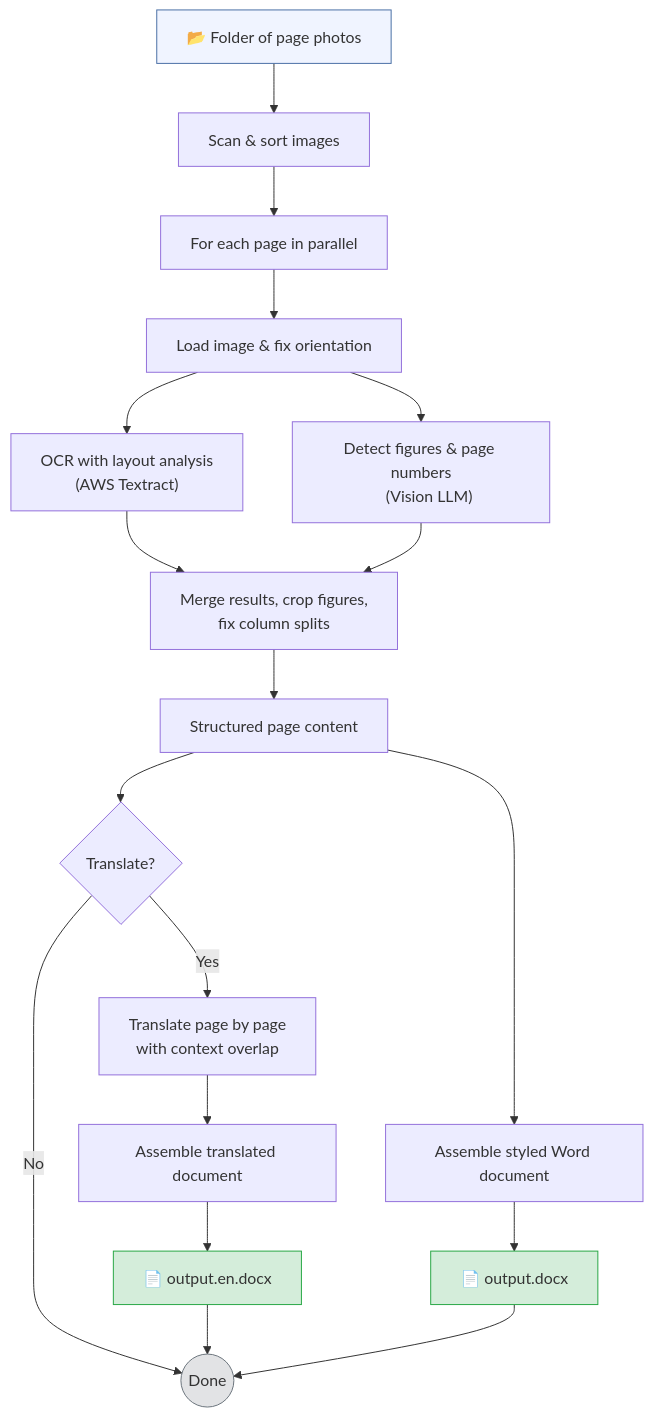
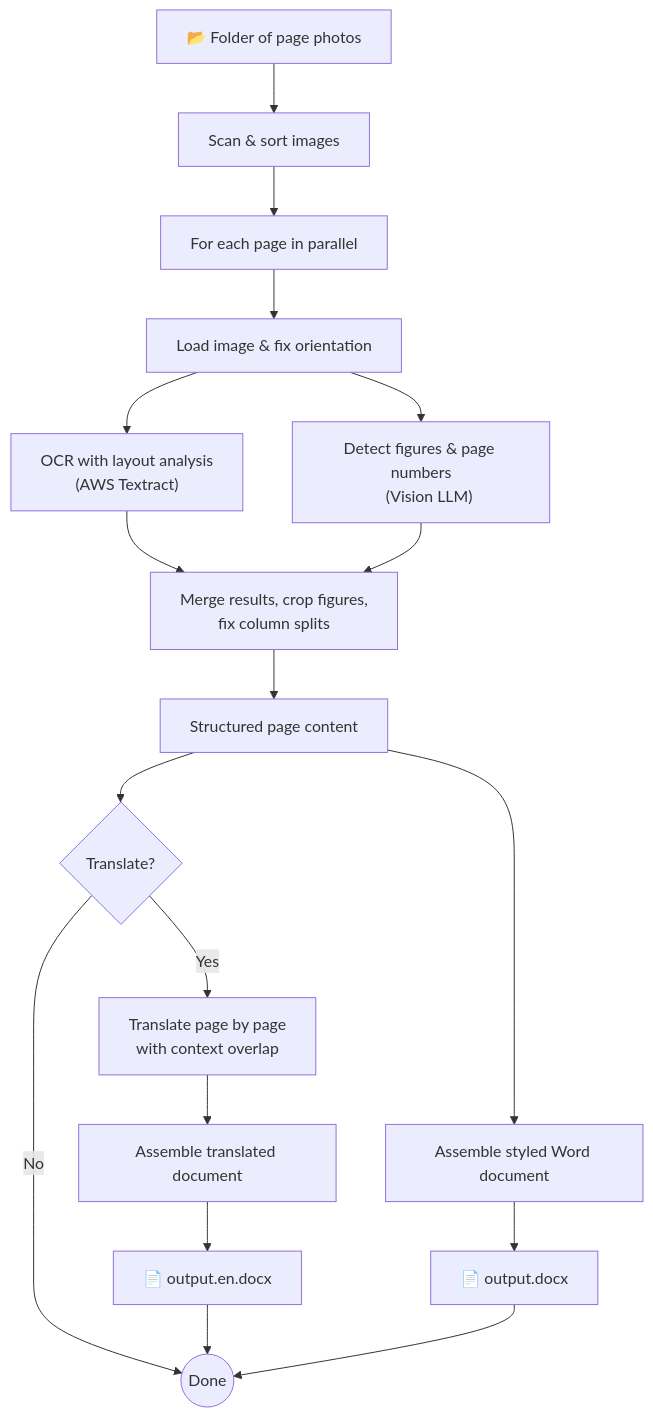
The diagram in README.md (eugeniosegala/book-to-digital), drawn with Mermaid before and after one commit. The commit also changed other lines of this file, not shown here.

````diff
--- a/README.md
+++ b/README.md
@@ -18,36 +20,32 @@
 ```mermaid
 flowchart TD
     A["📂 Folder of page photos"] --> B["Scan & sort images"]
 
     B --> C["For each page in parallel"]
 
     C --> D["Load image & fix orientation"]
 
     D --> E["OCR with layout analysis
     (AWS Textract)"]
     D --> F["Detect figures & page numbers
     (Vision LLM)"]
 
     E --> G["Merge results, crop figures,
     fix column splits"]
     F --> G
 
     G --> H["Structured page content"]
 
     H --> I["Assemble styled Word document"]
     I --> J["📄 output.docx"]
 
     H --> K{"Translate?"}
     K -- Yes --> L["Translate page by page
     with context overlap"]
     L --> M["Assemble translated document"]
     M --> N["📄 output.en.docx"]
     K -- No --> O(("Done"))
     N --> O
     J --> O
 
-    style A fill:#f0f4ff,stroke:#4a6fa5
-    style J fill:#d4edda,stroke:#28a745
-    style N fill:#d4edda,stroke:#28a745
-    style O fill:#e2e3e5,stroke:#6c757d
 ```
````
